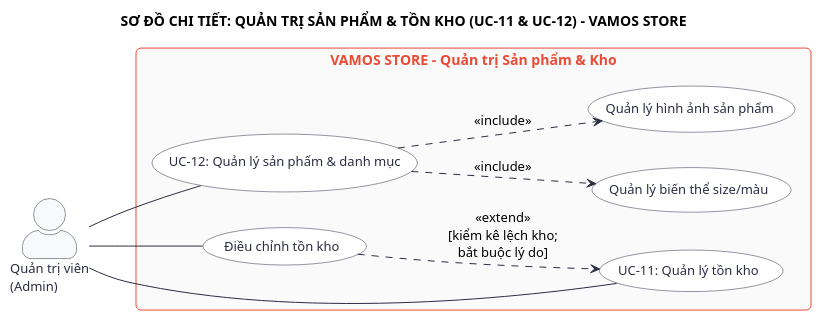
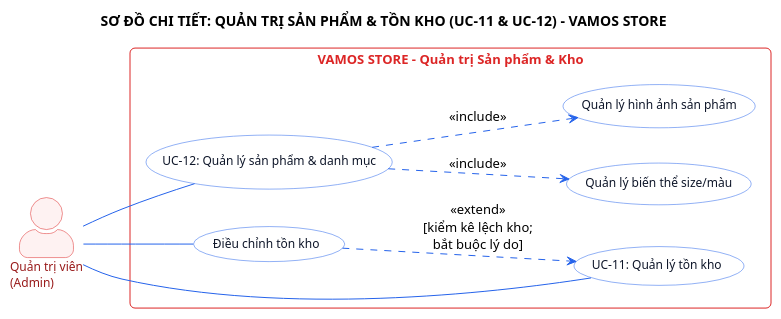
The diagram in labs/Lab 1 - Usecase/uc-04-catalog-inventory-detail.puml (dungtttd01702-coder/vamos-store), drawn with PlantUML before and after one commit. The commit also changed 35 other files, not shown here.

Commit message:
feat(diagrams): modernize ERD, Use Case, and Activity diagrams with executive color palette, update print reports, and rebuild lab archives

```diff
--- a/labs/Lab 1 - Usecase/uc-04-catalog-inventory-detail.puml
+++ b/labs/Lab 1 - Usecase/uc-04-catalog-inventory-detail.puml
@@ -1,54 +1,55 @@
 @startuml uc-04-catalog-inventory-detail
 title SƠ ĐỒ CHI TIẾT: QUẢN TRỊ SẢN PHẨM & TỒN KHO (UC-11 & UC-12) - VAMOS STORE
 left to right direction
 skinparam packageStyle rectangle
 skinparam roundcorner 10
 skinparam actorStyle awesome
 skinparam shadowing false
+skinparam defaultFontName Segoe UI
 
 skinparam usecase {
     BackgroundColor #FFFFFF
-    BorderColor #2B2D42
-    FontColor #2B2D42
-    FontSize 13
-    ArrowColor #2B2D42
+    BorderColor #2563EB
+    FontColor #0F172A
+    FontSize 12
+    ArrowColor #2563EB
 }
 
 skinparam actor {
-    BackgroundColor #F8F9FA
-    BorderColor #2B2D42
-    FontColor #2B2D42
-    FontSize 13
+    BackgroundColor #FEF2F2
+    BorderColor #DC2626
+    FontColor #991B1B
+    FontSize 12
 }
 
 skinparam rectangle {
-    BackgroundColor #FAFAFA
-    BorderColor #E94B35
-    FontColor #E94B35
-    FontSize 14
+    BackgroundColor #FFFFFF
+    BorderColor #DC2626
+    FontColor #DC2626
+    FontSize 13
 }
 
 actor "Quản trị viên\n(Admin)" as Admin
 
 rectangle "VAMOS STORE - Quản trị Sản phẩm & Kho" {
     usecase "UC-12: Quản lý sản phẩm & danh mục" as UC12
     usecase "Quản lý biến thể size/màu" as UC_VariantMgmt
     usecase "Quản lý hình ảnh sản phẩm" as UC_ImageMgmt
     
     usecase "UC-11: Quản lý tồn kho" as UC11
     usecase "Điều chỉnh tồn kho" as UC_AdjustStock
 }
 
 ' Liên kết Actor
 Admin -- UC12
 Admin -- UC11
 Admin -- UC_AdjustStock
 
 ' Quan hệ <<include>> (Quản lý sản phẩm bắt buộc có biến thể và ảnh)
 UC12 ..> UC_VariantMgmt : "<<include>>"
 UC12 ..> UC_ImageMgmt : "<<include>>"
 
 ' Quan hệ <<extend>> (Điều chỉnh tồn kho khi kiểm kê lệch kho)
 UC_AdjustStock ..> UC11 : "<<extend>>\n[kiểm kê lệch kho;\nbắt buộc lý do]"
 
 @enduml
```
